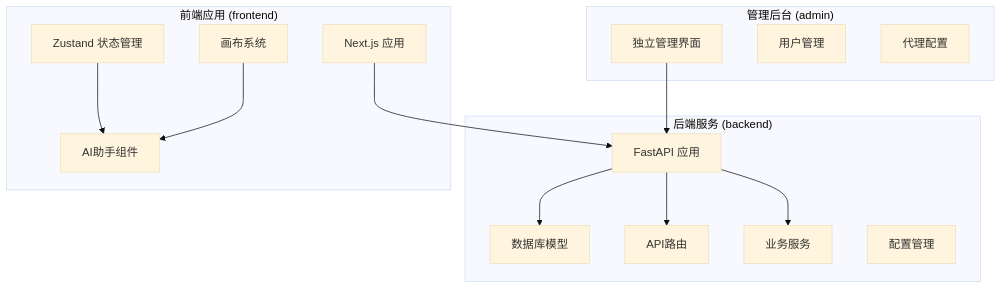
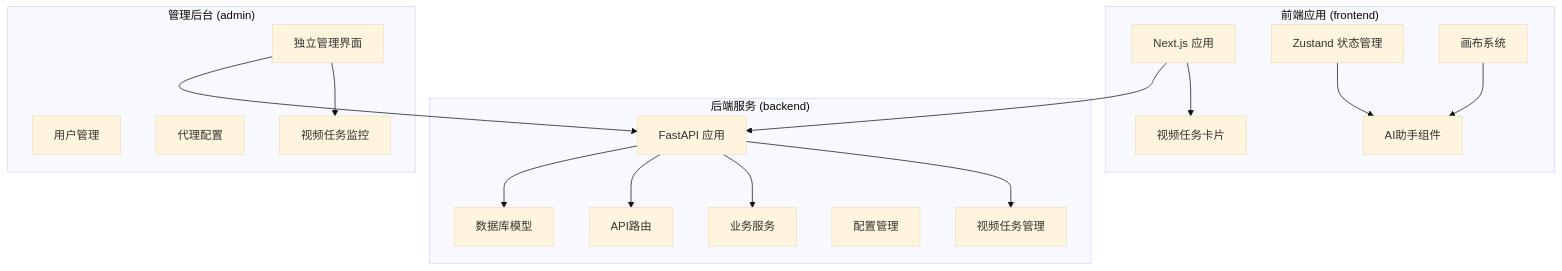
Before and after one commit to KunLabAI/KunFlix: the first of 15 diagrams in .qoder/repowiki/zh/content/前端应用架构/状态管理/Zustand Store 设计/增强的AI助手存储.md, drawn with Mermaid (base theme). The commit also changed other lines of this file and 29 other files, not shown here.

````diff
--- a/.qoder/repowiki/zh/content/前端应用架构/状态管理/Zustand Store 设计/增强的AI助手存储.md
+++ b/.qoder/repowiki/zh/content/前端应用架构/状态管理/Zustand Store 设计/增强的AI助手存储.md
@@ -46,28 +62,34 @@
 ```mermaid
 graph TB
 subgraph "后端服务 (backend)"
 A[FastAPI 应用]
 B[数据库模型]
 C[API路由]
 D[业务服务]
 E[配置管理]
+F[视频任务管理]
 end
 subgraph "前端应用 (frontend)"
-F[Next.js 应用]
-G[Zustand 状态管理]
-H[AI助手组件]
-I[画布系统]
+G[Next.js 应用]
+H[Zustand 状态管理]
+I[AI助手组件]
+J[画布系统]
+K[视频任务卡片]
 end
 subgraph "管理后台 (admin)"
-J[独立管理界面]
-K[用户管理]
-L[代理配置]
+L[独立管理界面]
+M[用户管理]
+N[代理配置]
+O[视频任务监控]
 end
 A --> B
 A --> C
 A --> D
-F --> A
-J --> A
-G --> H
-I --> H
+A --> F
+G --> A
+G --> K
+L --> A
+L --> O
+H --> I
+J --> I
 ```
````
